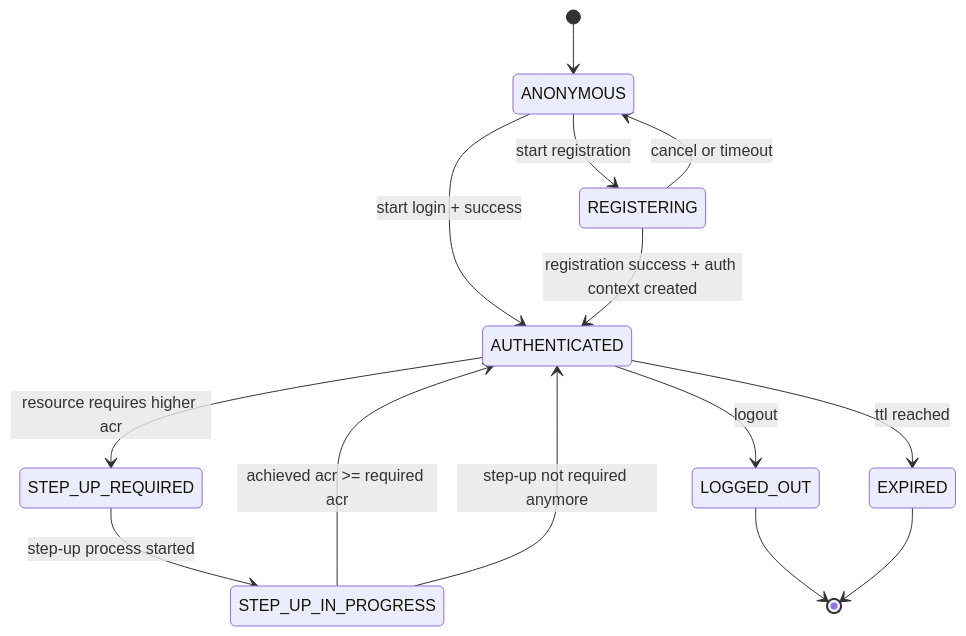
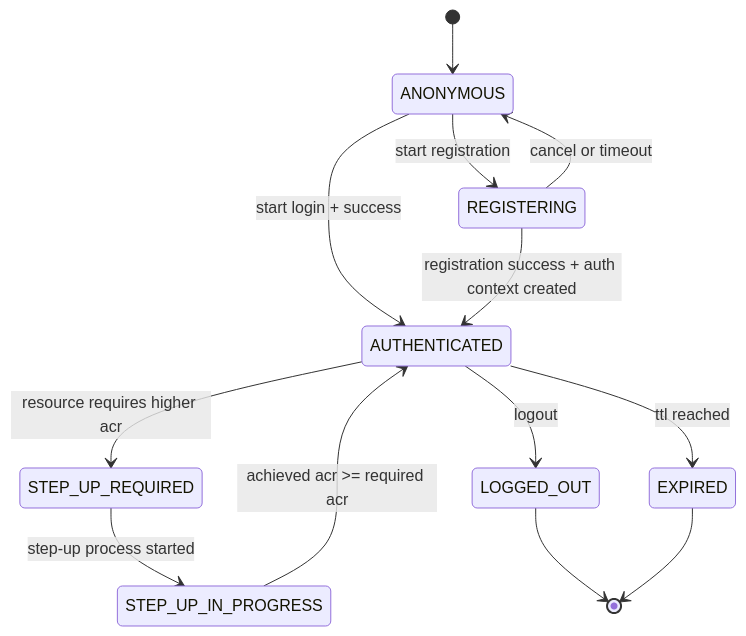
The second of 3 diagrams in docs/02-domaenenmodell.md (rpreissel/DPoP-demo), drawn with Mermaid before and after one commit. The commit also changed other lines of this file and 6 other files, not shown here.

````diff
--- a/docs/02-domaenenmodell.md
+++ b/docs/02-domaenenmodell.md
@@ -121,20 +64,15 @@
 ```mermaid
 stateDiagram-v2
   [*] --> ANONYMOUS
-
   ANONYMOUS --> REGISTERING: start registration
   ANONYMOUS --> AUTHENTICATED: start login + success
-
   REGISTERING --> AUTHENTICATED: registration success + auth context created
   REGISTERING --> ANONYMOUS: cancel or timeout
-
   AUTHENTICATED --> STEP_UP_REQUIRED: resource requires higher acr
   STEP_UP_REQUIRED --> STEP_UP_IN_PROGRESS: step-up process started
   STEP_UP_IN_PROGRESS --> AUTHENTICATED: achieved acr >= required acr
-  STEP_UP_IN_PROGRESS --> AUTHENTICATED: step-up not required anymore
-
   AUTHENTICATED --> LOGGED_OUT: logout
   AUTHENTICATED --> EXPIRED: ttl reached
   LOGGED_OUT --> [*]
   EXPIRED --> [*]
 ```
````
